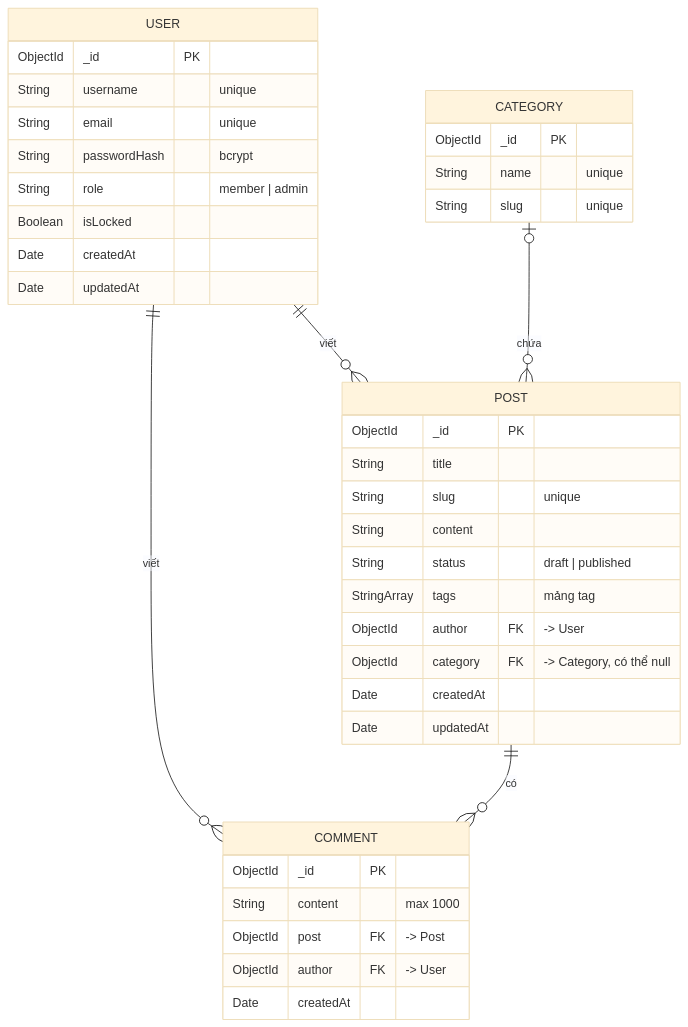
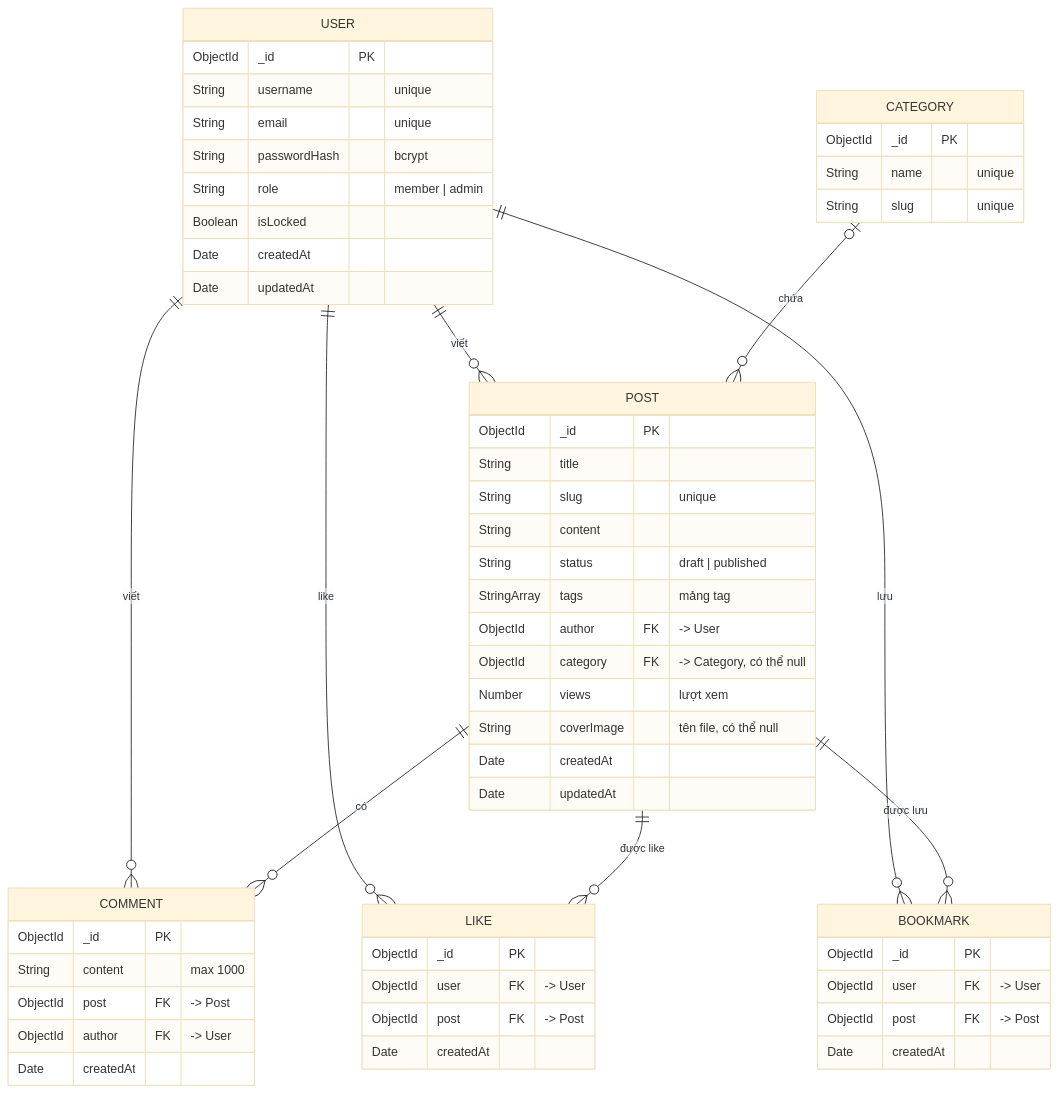
The diagram in docs/specs/03-data-model.md (PotatoMine725/Nhom3-Web_Blog), drawn with Mermaid (base theme) before and after one commit. The commit also changed other lines of this file and 5 other files, not shown here.

First line of the commit message:
docs: spec tính năng mở rộng (like, bookmark, lượt xem, ảnh bìa, thống kê, tìm kiếm)

````diff
--- a/docs/specs/03-data-model.md
+++ b/docs/specs/03-data-model.md
@@ -7,42 +7,60 @@
 ```mermaid
 erDiagram
   USER ||--o{ POST : "viết"
   USER ||--o{ COMMENT : "viết"
   POST ||--o{ COMMENT : "có"
   CATEGORY |o--o{ POST : "chứa"
+  USER ||--o{ LIKE : "like"
+  POST ||--o{ LIKE : "được like"
+  USER ||--o{ BOOKMARK : "lưu"
+  POST ||--o{ BOOKMARK : "được lưu"
 
   USER {
     ObjectId _id PK
     String username "unique"
     String email "unique"
     String passwordHash "bcrypt"
     String role "member | admin"
     Boolean isLocked
     Date createdAt
     Date updatedAt
   }
   POST {
     ObjectId _id PK
     String title
     String slug "unique"
     String content
     String status "draft | published"
     StringArray tags "mảng tag"
     ObjectId author FK "-> User"
     ObjectId category FK "-> Category, có thể null"
+    Number views "lượt xem"
+    String coverImage "tên file, có thể null"
     Date createdAt
     Date updatedAt
   }
   CATEGORY {
     ObjectId _id PK
     String name "unique"
     String slug "unique"
   }
   COMMENT {
     ObjectId _id PK
     String content "max 1000"
     ObjectId post FK "-> Post"
     ObjectId author FK "-> User"
     Date createdAt
   }
+  LIKE {
+    ObjectId _id PK
+    ObjectId user FK "-> User"
+    ObjectId post FK "-> Post"
+    Date createdAt
+  }
+  BOOKMARK {
+    ObjectId _id PK
+    ObjectId user FK "-> User"
+    ObjectId post FK "-> Post"
+    Date createdAt
+  }
 ```
````
